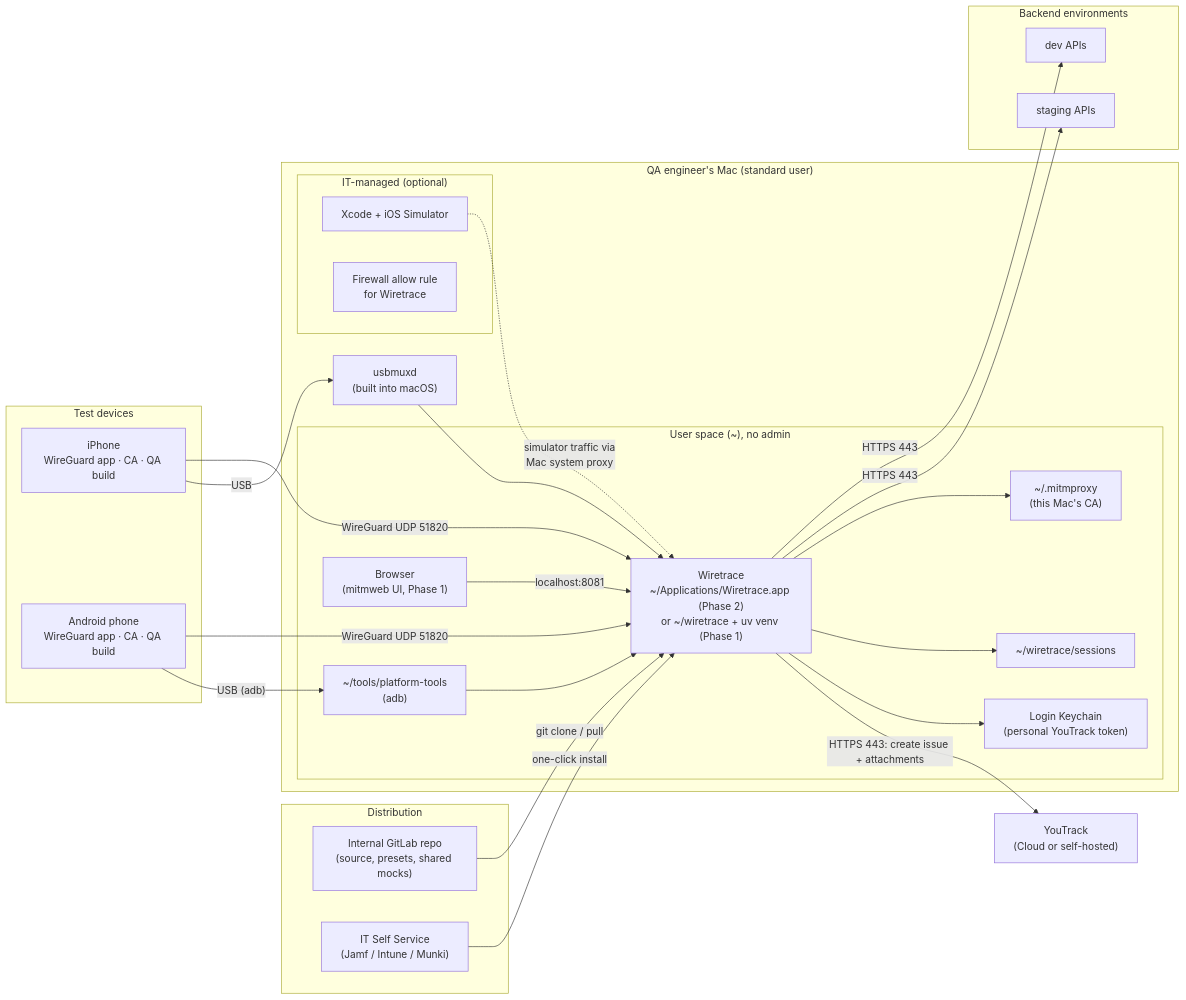
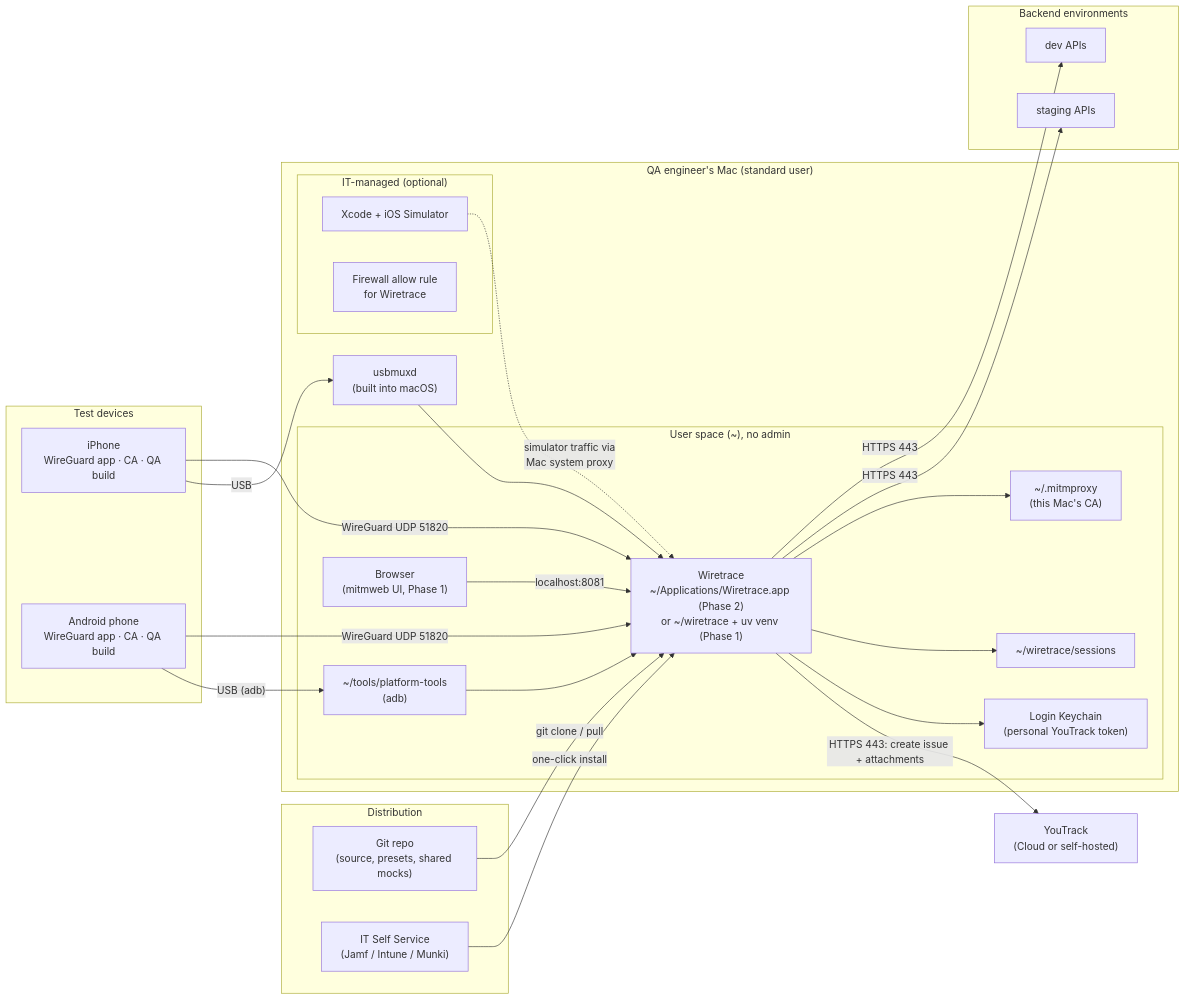
One commit to chienng/wiretrace changed the tenth of 14 diagrams in docs/diagrams.md. Above: the diagram before and after it, drawn with Mermaid. The commit also changed 8 other files, not shown here.

````diff
--- a/docs/diagrams.md
+++ b/docs/diagrams.md
@@ -366,52 +366,52 @@
 ```mermaid
 flowchart LR
     subgraph Dist["Distribution"]
-        GIT["Internal GitLab repo<br/>(source, presets, shared mocks)"]
+        GIT["Git repo<br/>(source, presets, shared mocks)"]
         SSV["IT Self Service<br/>(Jamf / Intune / Munki)"]
     end
 
     subgraph Mac["QA engineer's Mac (standard user)"]
         subgraph Home["User space (~), no admin"]
             QAP["Wiretrace<br/>~/Applications/Wiretrace.app (Phase 2)<br/>or ~/wiretrace + uv venv (Phase 1)"]
             CAF["~/.mitmproxy<br/>(this Mac's CA)"]
             SES["~/wiretrace/sessions"]
             PT["~/tools/platform-tools<br/>(adb)"]
             BRW["Browser<br/>(mitmweb UI, Phase 1)"]
             KC["Login Keychain<br/>(personal YouTrack token)"]
         end
         subgraph ITM["IT-managed (optional)"]
             XC["Xcode + iOS Simulator"]
             FW["Firewall allow rule<br/>for Wiretrace"]
         end
         USBM["usbmuxd<br/>(built into macOS)"]
     end
 
     subgraph Devices["Test devices"]
         IPH["iPhone<br/>WireGuard app · CA · QA build"]
         AND["Android phone<br/>WireGuard app · CA · QA build"]
     end
 
     subgraph Envs["Backend environments"]
         DEVAPI["dev APIs"]
         STGAPI["staging APIs"]
     end
 
     TRK["YouTrack<br/>(Cloud or self-hosted)"]
 
     GIT -- "git clone / pull" --> QAP
     SSV -- "one-click install" --> QAP
 
     IPH -- "WireGuard UDP 51820" --> QAP
     AND -- "WireGuard UDP 51820" --> QAP
     IPH -- USB --> USBM --> QAP
     AND -- "USB (adb)" --> PT --> QAP
 
     QAP -- "HTTPS 443" --> DEVAPI
     QAP -- "HTTPS 443" --> STGAPI
     BRW -- "localhost:8081" --> QAP
     QAP --> CAF
     QAP --> SES
     QAP --> KC
     QAP -- "HTTPS 443: create issue + attachments" --> TRK
     XC -. "simulator traffic via<br/>Mac system proxy" .-> QAP
 ```
````
